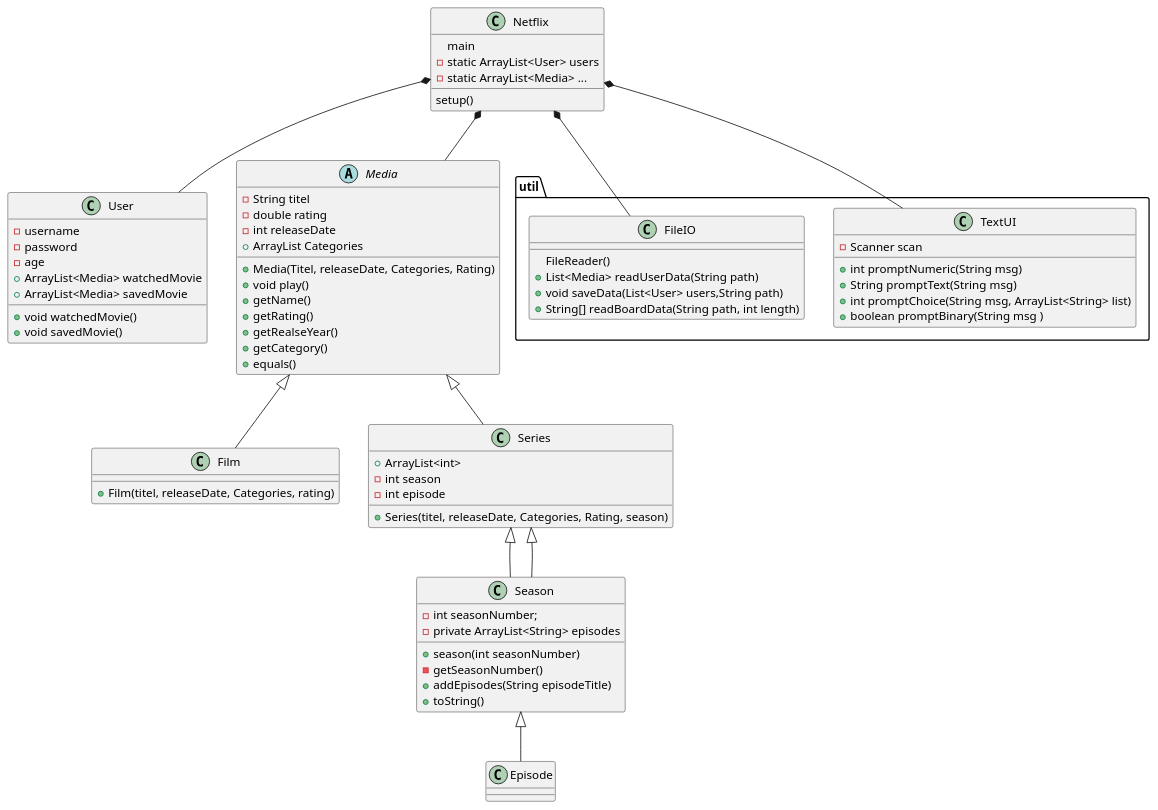
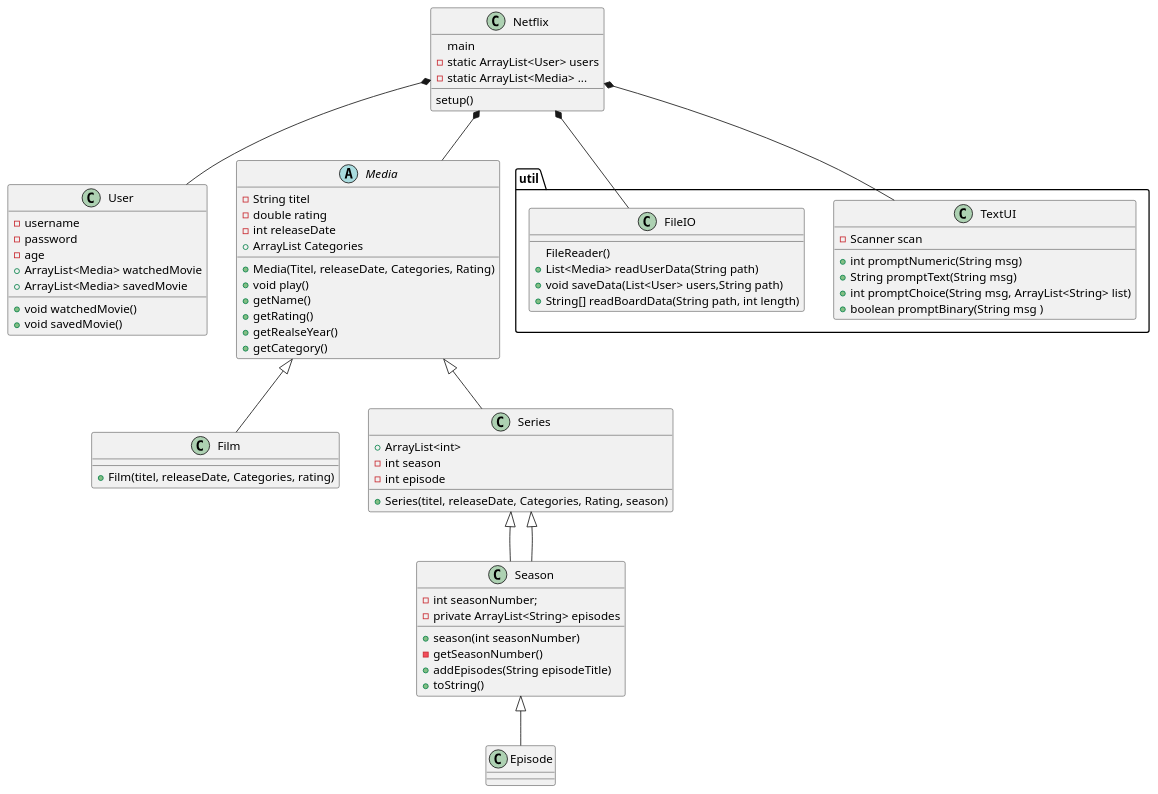
The diagram in UML/netflix.puml (MariamE04/SP3), drawn with PlantUML before and after one commit. The commit also changed 5 other files, not shown here.

```diff
--- a/UML/netflix.puml
+++ b/UML/netflix.puml
@@ -1,77 +1,76 @@
 @startuml
 'https://plantuml.com/class-diagram
 
 class Netflix{
 main
 setup()
 -static ArrayList<User> users
 -static ArrayList<Media> ...
 }
 class User{
 - username
 - password
 - age
 + ArrayList<Media> watchedMovie
 + ArrayList<Media> savedMovie
 + void watchedMovie()
 + void savedMovie()
  }
 
 abstract class Media{
 -String titel
 -double rating
 -int releaseDate
  +ArrayList Categories
  +Media(Titel, releaseDate, Categories, Rating)
  + void play()
  +getName()
  +getRating()
  +getRealseYear()
  +getCategory()
- +equals()
 
 }
 class Film{
 +Film(titel, releaseDate, Categories, rating)
 }
 class Series {
 + ArrayList<int>
 -int season
 -int episode
 +Series(titel, releaseDate, Categories, Rating, season)
 }
 class Season extends Series{
 -int seasonNumber;
 -private ArrayList<String> episodes
 +season(int seasonNumber)
 -getSeasonNumber()
 +addEpisodes(String episodeTitle)
 +toString()
 }
 
 
 package "util"{
 class TextUI{
 -Scanner scan
 + int promptNumeric(String msg)
 + String promptText(String msg)
 + int promptChoice(String msg, ArrayList<String> list)
 + boolean promptBinary(String msg )
 }
 class FileIO{
 FileReader()
 +List<Media> readUserData(String path)
 +void saveData(List<User> users,String path)
 +String[] readBoardData(String path, int length)
     }
 }
 
 Netflix *-- User
 Netflix *-- Media
 Media <|-- Film
 Media <|-- Series
 Series <|-- Season
 Season <|-- Episode
 Netflix *-- FileIO
 Netflix *-- TextUI
 @enduml
```
